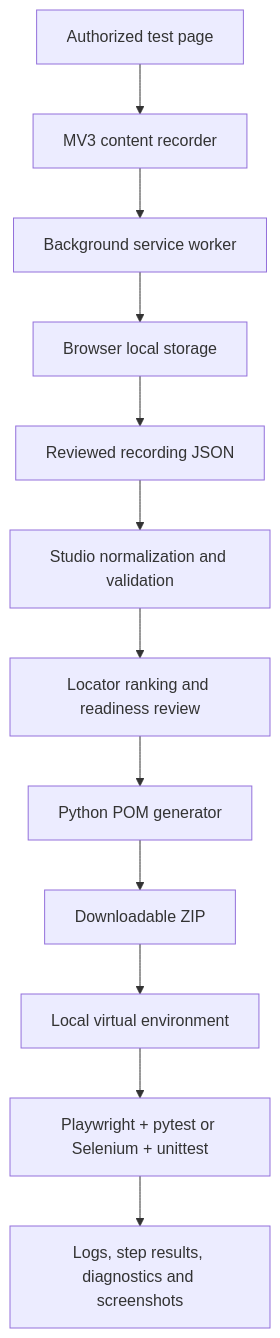
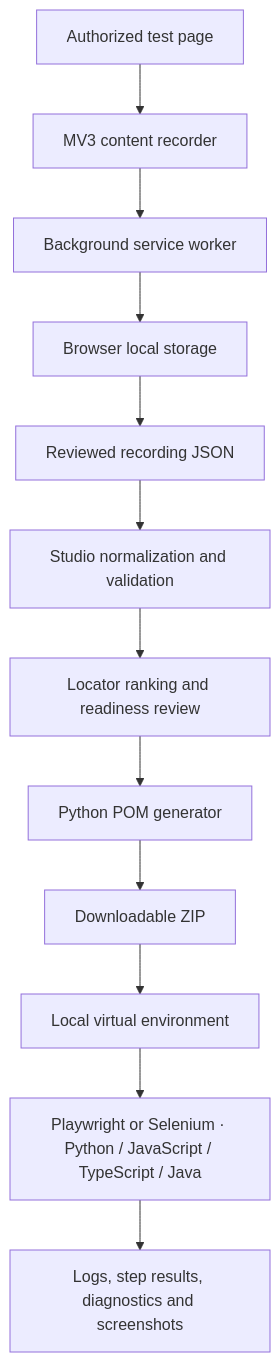
The diagram in docs/ARCHITECTURE.md (SanFlash/record2pom), drawn with Mermaid before and after one commit. The commit also changed other lines of this file and 19 other files, not shown here.

````diff
--- a/docs/ARCHITECTURE.md
+++ b/docs/ARCHITECTURE.md
@@ -18,14 +18,14 @@
 ```mermaid
 flowchart TD
   A[Authorized test page] --> B[MV3 content recorder]
   B --> C[Background service worker]
   C --> D[Browser local storage]
   D --> E[Reviewed recording JSON]
   E --> F[Studio normalization and validation]
   F --> G[Locator ranking and readiness review]
   G --> H[Python POM generator]
   H --> I[Downloadable ZIP]
   I --> J[Local virtual environment]
-  J --> K[Playwright + pytest or Selenium + unittest]
+  J --> K[Playwright or Selenium · Python / JavaScript / TypeScript / Java]
   K --> L[Logs, step results, diagnostics and screenshots]
 ```
````
